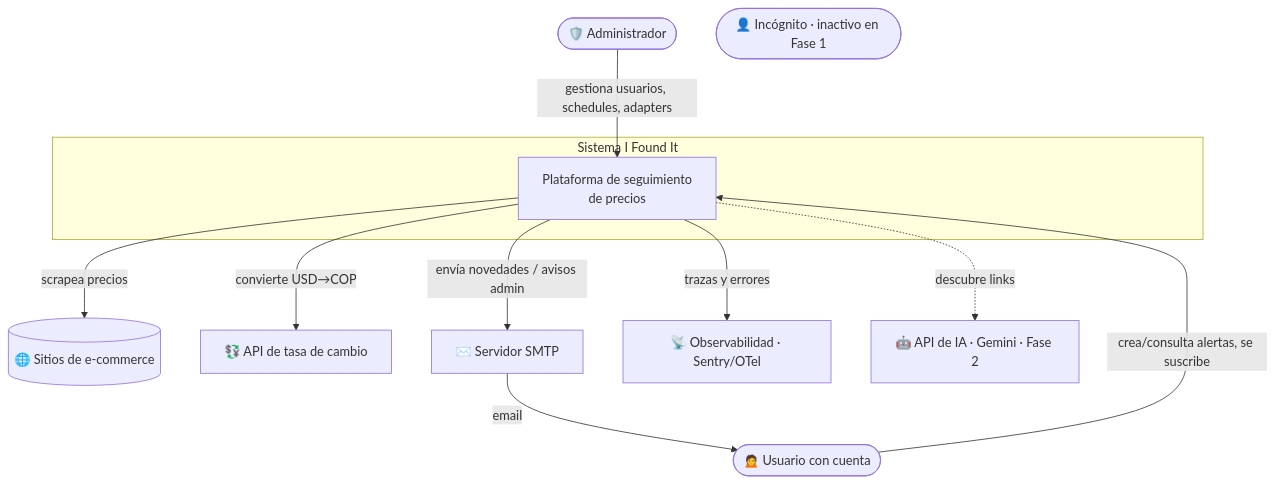
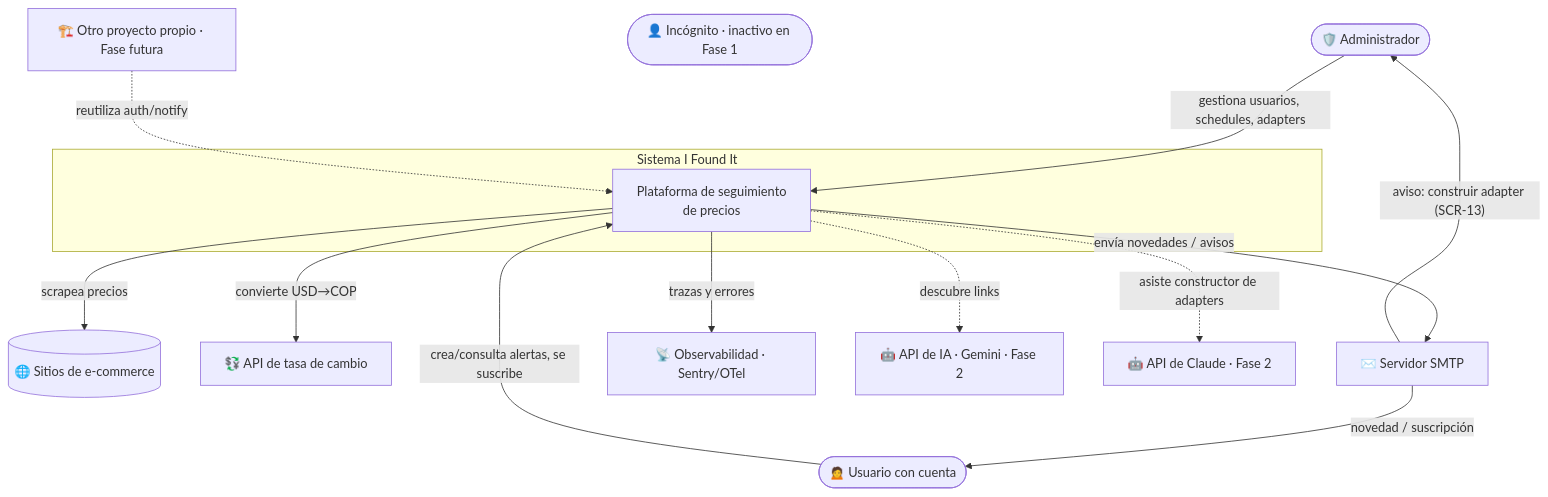
One commit to vida-I-found-it/architecture changed the first of 7 diagrams in docs/02-arquitectura.md. Above: the diagram before and after it, drawn with Mermaid. The commit also changed other lines of this file and 16 other files, not shown here.

````diff
--- a/docs/02-arquitectura.md
+++ b/docs/02-arquitectura.md
@@ -69,25 +22,30 @@
 ```mermaid
 graph TB
     ADM([🛡️ Administrador])
     USR([🙍 Usuario con cuenta])
     INC([👤 Incógnito · inactivo en Fase 1])
 
     subgraph Sistema I Found It
         APP[Plataforma de seguimiento<br/>de precios]
     end
 
     SITES[(🌐 Sitios de e-commerce)]
     FX[💱 API de tasa de cambio]
     SMTP[✉️ Servidor SMTP]
     OBS[📡 Observabilidad · Sentry/OTel]
     AI[🤖 API de IA · Gemini · Fase 2]
+    CLAUDE[🤖 API de Claude · Fase 2]
+    OTHER[🏗️ Otro proyecto propio · Fase futura]
 
     ADM -->|gestiona usuarios, schedules, adapters| APP
     USR -->|crea/consulta alertas, se suscribe| APP
     APP -->|scrapea precios| SITES
     APP -->|convierte USD→COP| FX
-    APP -->|envía novedades / avisos admin| SMTP
+    APP -->|envía novedades / avisos| SMTP
     APP -->|trazas y errores| OBS
     APP -.descubre links.-> AI
-    SMTP -->|email| USR
+    APP -.asiste constructor de adapters.-> CLAUDE
+    SMTP -->|novedad / suscripción| USR
+    SMTP -->|"aviso: construir adapter (SCR-13)"| ADM
+    OTHER -.reutiliza auth/notify.-> APP
 ```
````
